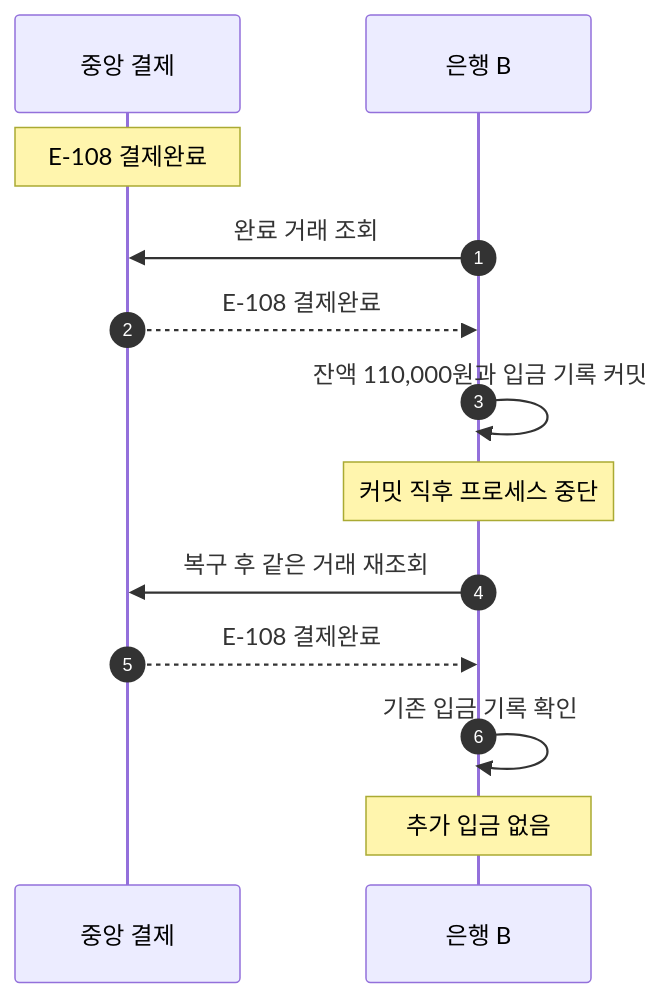
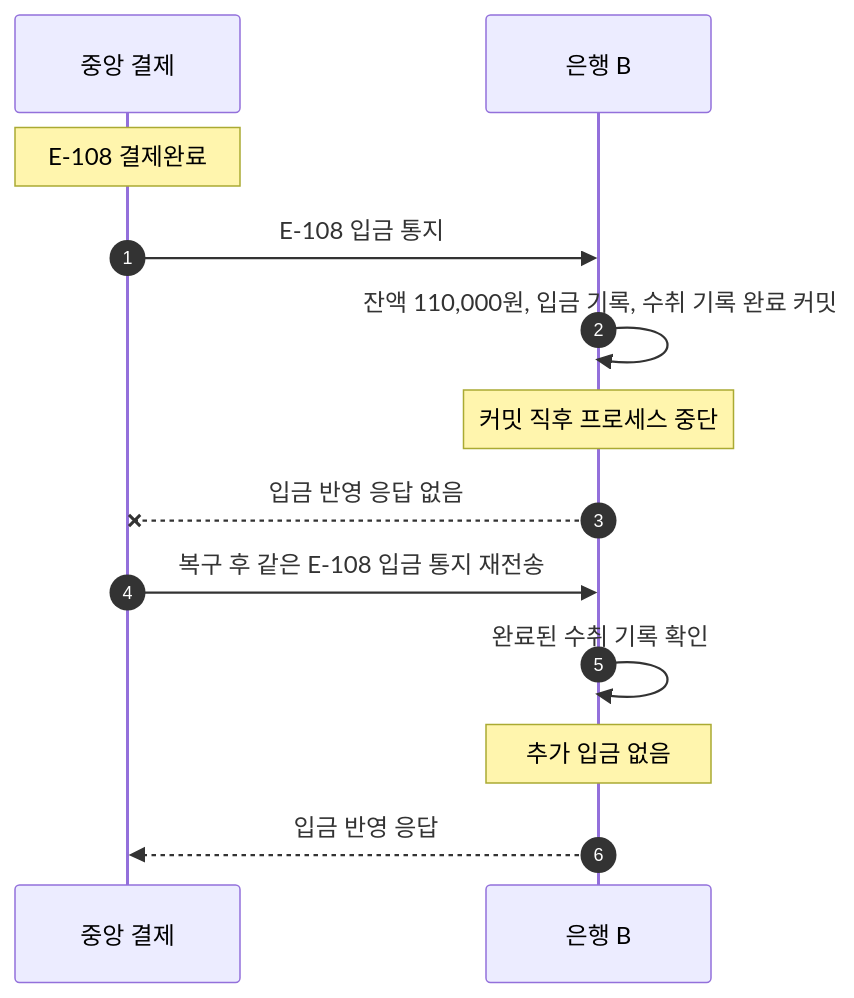
The diagram in docs/scenarios/S-010_수취_입금_커밋_후_장애.md (2jun0/financial-system-backend), drawn with Mermaid before and after one commit. The commit also changed other lines of this file and 9 other files, not shown here.

````diff
--- a/docs/scenarios/S-010_수취_입금_커밋_후_장애.md
+++ b/docs/scenarios/S-010_수취_입금_커밋_후_장애.md
@@ -24,16 +25,16 @@
 ```mermaid
 sequenceDiagram
     autonumber
     participant C as 중앙 결제
     participant B as 은행 B
 
     Note over C: E-108 결제완료
-    B->>C: 완료 거래 조회
-    C-->>B: E-108 결제완료
-    B->>B: 잔액 110,000원과 입금 기록 커밋
+    C->>B: E-108 입금 통지
+    B->>B: 잔액 110,000원, 입금 기록, 수취 기록 완료 커밋
     Note over B: 커밋 직후 프로세스 중단
-    B->>C: 복구 후 같은 거래 재조회
-    C-->>B: E-108 결제완료
-    B->>B: 기존 입금 기록 확인
+    B--xC: 입금 반영 응답 없음
+    C->>B: 복구 후 같은 E-108 입금 통지 재전송
+    B->>B: 완료된 수취 기록 확인
     Note over B: 추가 입금 없음
+    B-->>C: 입금 반영 응답
 ```
````
